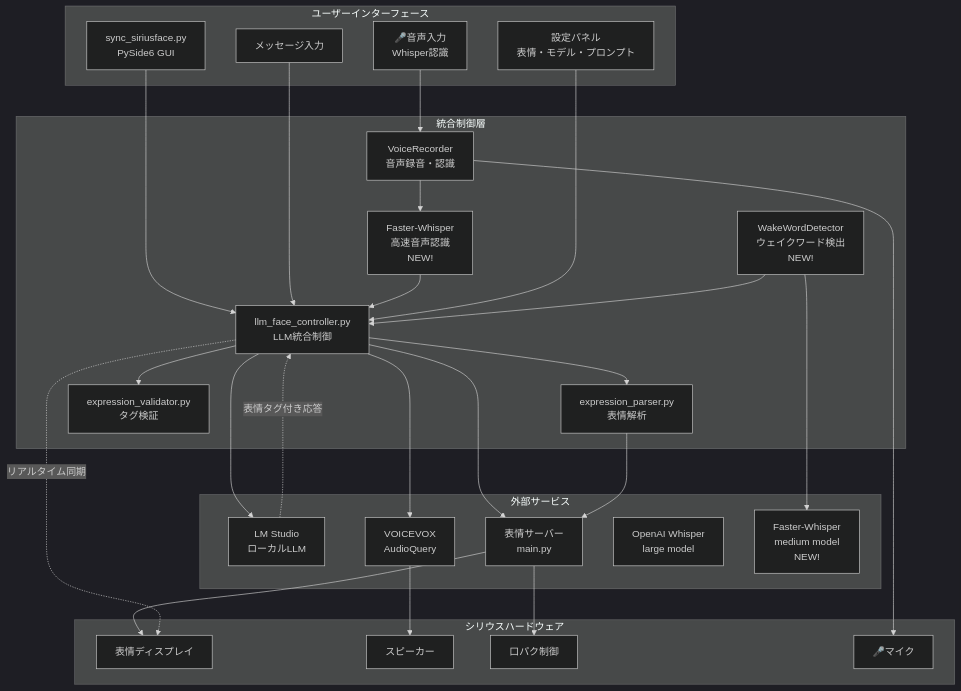
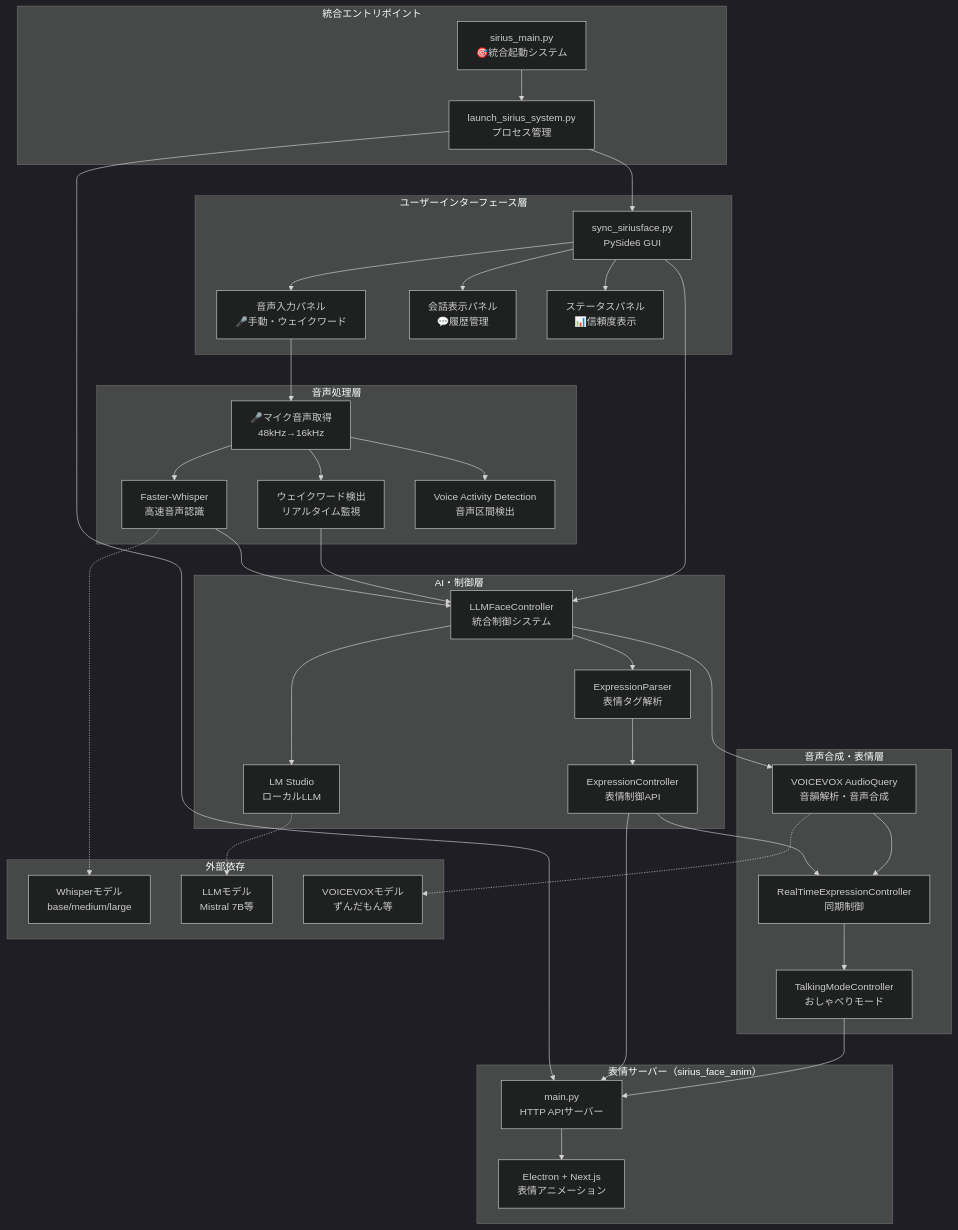
One commit to YakiFrog/LocalLLM_Test changed the first of 11 diagrams in README.md. Above: the diagram before and after it, drawn with Mermaid (dark theme). The commit also changed other lines of this file and 1 other file, not shown here.

````diff
--- a/README.md
+++ b/README.md
@@ -92,56 +131,79 @@
 ```mermaid
 graph TB
-    subgraph "ユーザーインターフェース"
-        UI[sync_siriusface.py<br/>PySide6 GUI]
-        Input[メッセージ入力]
-        Voice[🎤音声入力<br/>Whisper認識]
-        Settings[設定パネル<br/>表情・モデル・プロンプト]
+    subgraph "統合エントリポイント"
+        MAIN[sirius_main.py<br/>🎯統合起動システム]
+        LAUNCH[launch_sirius_system.py<br/>プロセス管理]
     end
     
-        subgraph "統合制御層"
-        Controller[llm_face_controller.py<br/>LLM統合制御]
-        Parser[expression_parser.py<br/>表情解析]
-        Validator[expression_validator.py<br/>タグ検証]
-        VoiceRecorder[VoiceRecorder<br/>音声録音・認識]
-        WakeWordDetector[WakeWordDetector<br/>ウェイクワード検出<br/>NEW!]
-        FastWhisper[Faster-Whisper<br/>高速音声認識<br/>NEW!]
-    end    subgraph "外部サービス"
-        LM[LM Studio<br/>ローカルLLM]
-        Voice_API[VOICEVOX<br/>AudioQuery]
-        Face[表情サーバー<br/>main.py]
-        Whisper[OpenAI Whisper<br/>large model]
-        FasterWhisper[Faster-Whisper<br/>medium model<br/>NEW!]
+    subgraph "ユーザーインターフェース層"
+        UI[sync_siriusface.py<br/>PySide6 GUI]
+        INPUT[音声入力パネル<br/>🎤手動・ウェイクワード]
+        CONV[会話表示パネル<br/>💬履歴管理]
+        STATUS[ステータスパネル<br/>📊信頼度表示]
     end
     
-    subgraph "シリウスハードウェア"
-        Display[表情ディスプレイ]
-        Speaker[スピーカー]
-        Mouth[口パク制御]
-        Microphone[🎤マイク]
+    subgraph "音声処理層"
+        MIC[🎤マイク音声取得<br/>48kHz→16kHz]
+        WHISPER[Faster-Whisper<br/>高速音声認識]
+        WAKE[ウェイクワード検出<br/>リアルタイム監視]
+        VAD[Voice Activity Detection<br/>音声区間検出]
     end
     
-    UI --> Controller
-    Input --> Controller
-    Voice --> VoiceRecorder
-    VoiceRecorder --> FastWhisper
-    FastWhisper --> Controller
-    Settings --> Controller
+    subgraph "AI・制御層"
+        LLM_CTRL[LLMFaceController<br/>統合制御システム]
+        LM[LM Studio<br/>ローカルLLM]
+        EXPR_PARSER[ExpressionParser<br/>表情タグ解析]
+        EXPR_CTRL[ExpressionController<br/>表情制御API]
+    end
     
-    Controller --> LM
-    Controller --> Voice_API
-    Controller --> Face
-    Controller --> Parser
-    Controller --> Validator
+    subgraph "音声合成・表情層"
+        VOICE_API[VOICEVOX AudioQuery<br/>音韻解析・音声合成]
+        REALTIME[RealTimeExpressionController<br/>同期制御]
+        TALKING[TalkingModeController<br/>おしゃべりモード]
+    end
     
-    WakeWordDetector --> FasterWhisper
-    WakeWordDetector --> Controller
+    subgraph "表情サーバー（sirius_face_anim）"
+        FACE_SERVER[main.py<br/>HTTP APIサーバー]
+        ELECTRON[Electron + Next.js<br/>表情アニメーション]
+    end
     
-    Parser --> Face
-    Voice_API --> Speaker
-    Face --> Display
-    Face --> Mouth
-    VoiceRecorder --> Microphone
+    subgraph "外部依存"
+        MODEL_FILES[Whisperモデル<br/>base/medium/large]
+        LLM_MODELS[LLMモデル<br/>Mistral 7B等]
+        VOICEVOX_MODELS[VOICEVOXモデル<br/>ずんだもん等]
+    end
     
-    LM -.->|表情タグ付き応答| Controller
-    Controller -.->|リアルタイム同期| Display
+    MAIN --> LAUNCH
+    LAUNCH --> UI
+    LAUNCH --> FACE_SERVER
+    
+    UI --> INPUT
+    UI --> CONV
+    UI --> STATUS
+    
+    INPUT --> MIC
+    MIC --> WHISPER
+    MIC --> WAKE
+    MIC --> VAD
+    
+    WHISPER --> LLM_CTRL
+    WAKE --> LLM_CTRL
+    UI --> LLM_CTRL
+    
+    LLM_CTRL --> LM
+    LLM_CTRL --> EXPR_PARSER
+    LLM_CTRL --> VOICE_API
+    
+    EXPR_PARSER --> EXPR_CTRL
+    EXPR_CTRL --> REALTIME
+    VOICE_API --> REALTIME
+    REALTIME --> TALKING
+    
+    EXPR_CTRL --> FACE_SERVER
+    TALKING --> FACE_SERVER
+    FACE_SERVER --> ELECTRON
+    
+    WHISPER -.-> MODEL_FILES
+    LM -.-> LLM_MODELS  
+    VOICE_API -.-> VOICEVOX_MODELS
 ```
````
